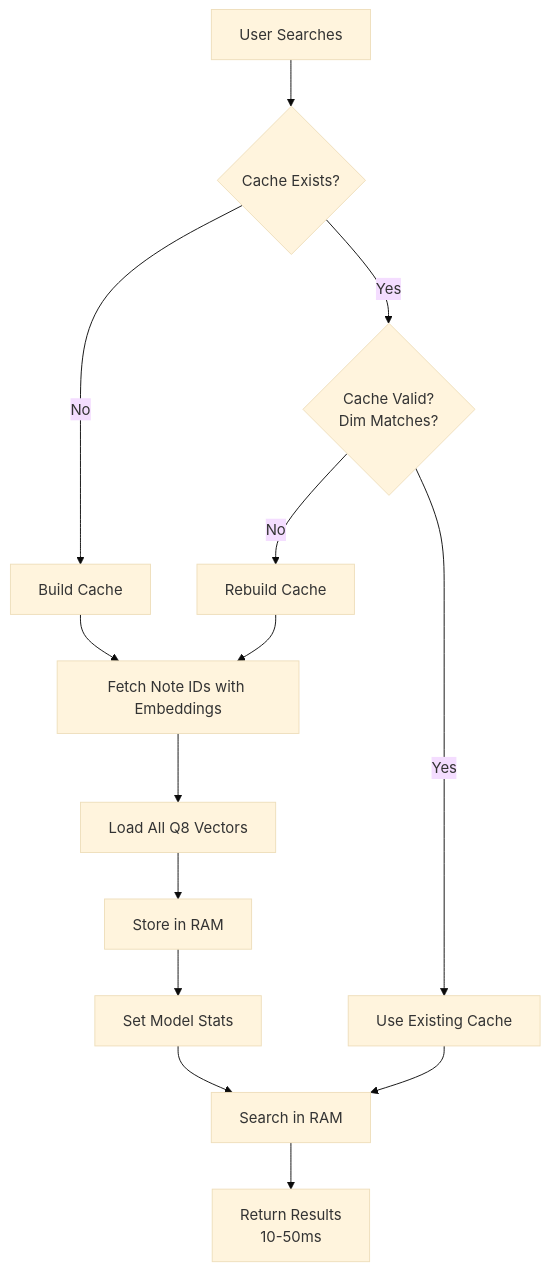
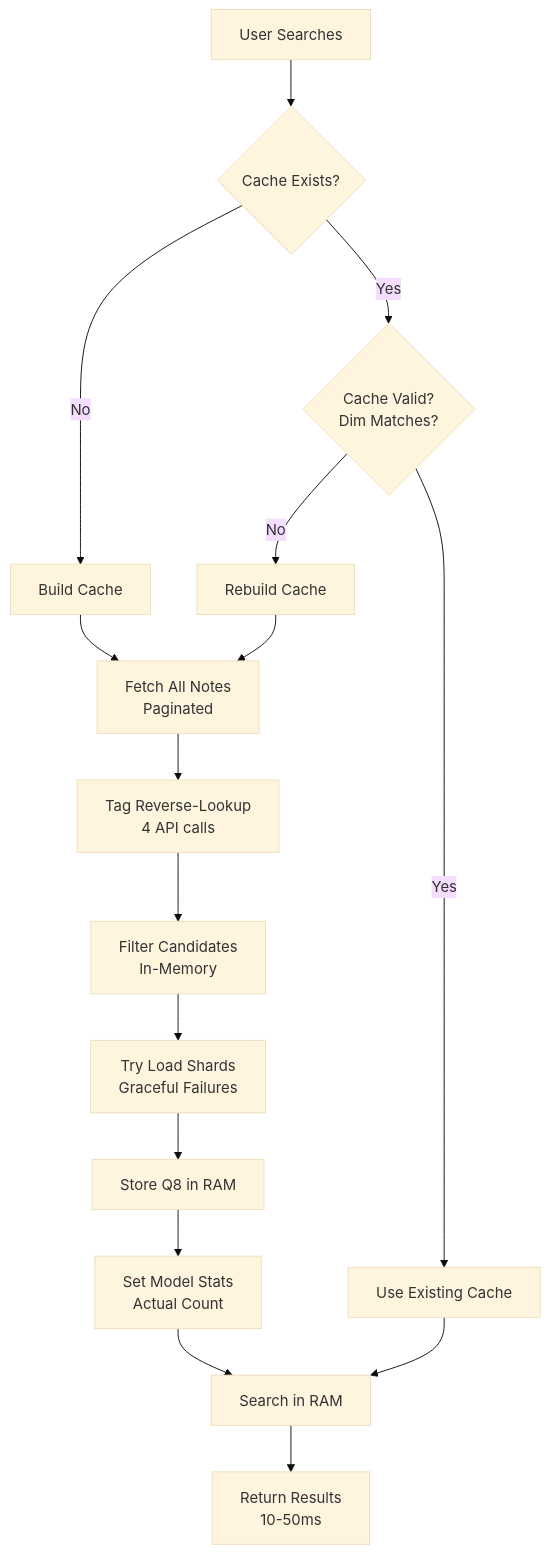
Before and after one commit to alondmnt/joplin-plugin-jarvis: the fourth of 7 diagrams in VECTOR_DB_UPDATE_FLOW.md, drawn with Mermaid (base theme). The commit also changed other lines of this file and 4 other files, not shown here.

````diff
--- a/VECTOR_DB_UPDATE_FLOW.md
+++ b/VECTOR_DB_UPDATE_FLOW.md
@@ -155,19 +151,21 @@
 ```mermaid
 graph TD
     A[User Searches] --> B{Cache Exists?}
     B -->|No| C[Build Cache]
     B -->|Yes| D{Cache Valid?<br/>Dim Matches?}
     D -->|No| E[Rebuild Cache]
     D -->|Yes| F[Use Existing Cache]
 
-    C --> G[Fetch Note IDs with Embeddings]
-    G --> H[Load All Q8 Vectors]
-    H --> I[Store in RAM]
-    I --> J[Set Model Stats]
-    J --> K[Search in RAM]
+    C --> G[Fetch All Notes<br/>Paginated]
+    G --> H[Tag Reverse-Lookup<br/>4 API calls]
+    H --> I[Filter Candidates<br/>In-Memory]
+    I --> J[Try Load Shards<br/>Graceful Failures]
+    J --> K[Store Q8 in RAM]
+    K --> L[Set Model Stats<br/>Actual Count]
+    L --> M[Search in RAM]
 
     E --> G
-    F --> K
+    F --> M
 
-    K --> L[Return Results<br/>10-50ms]
+    M --> N[Return Results<br/>10-50ms]
 ```
````
